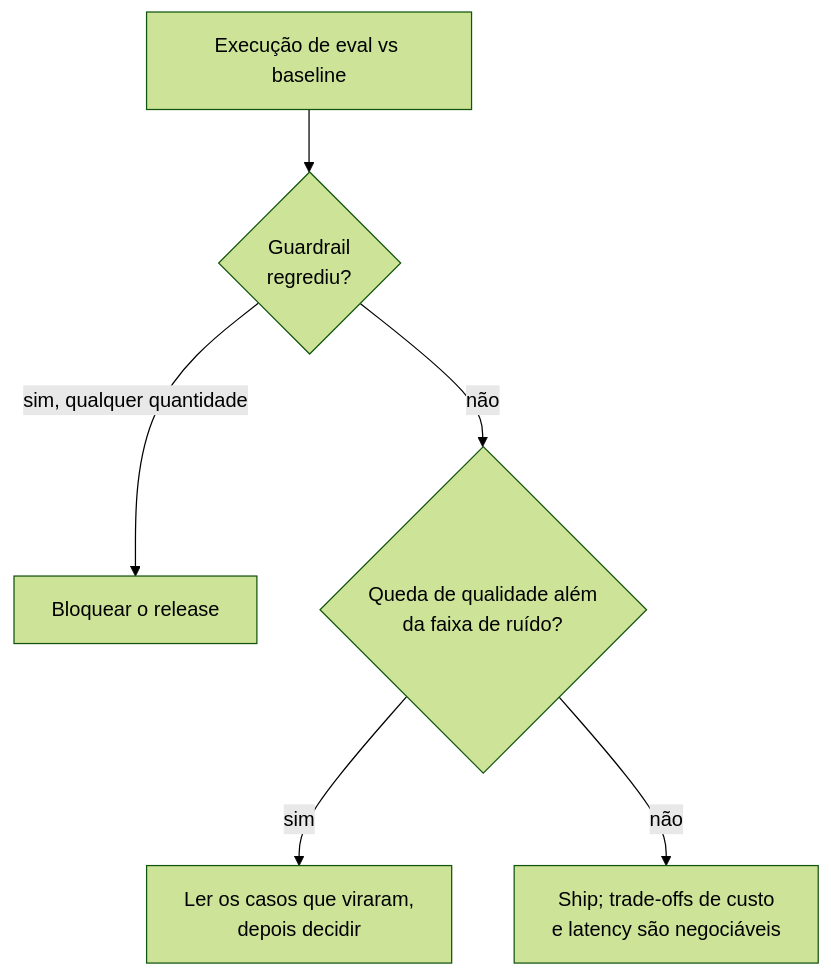
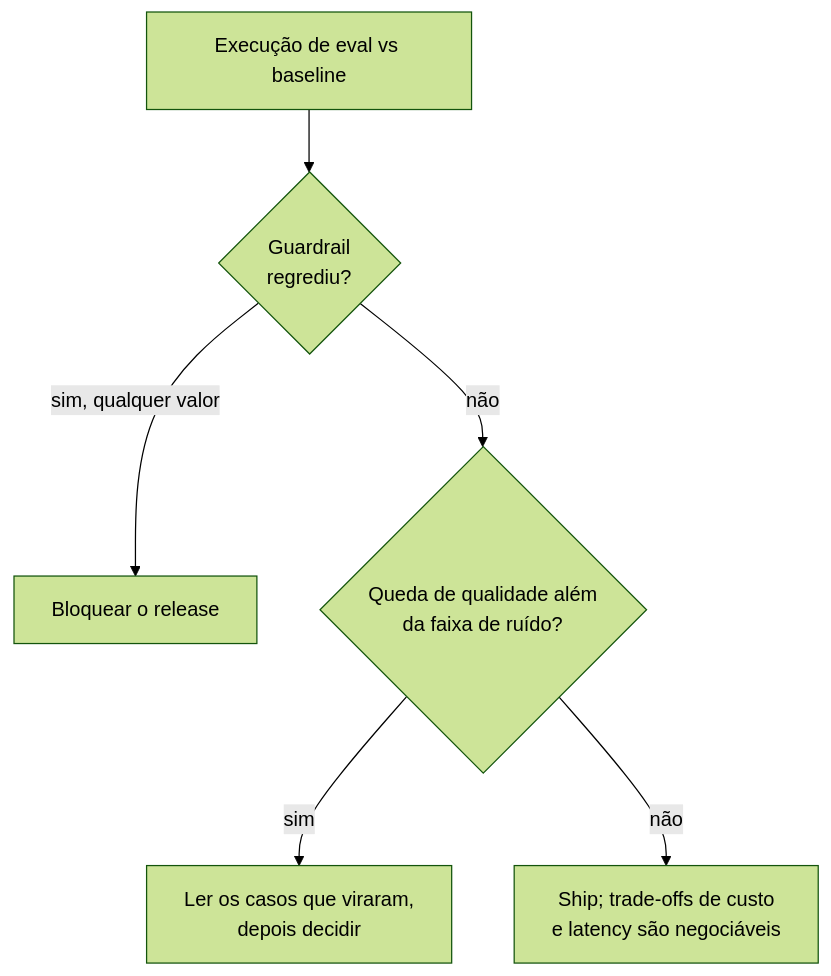
One commit to andrevberaldo/AI-Engineer-Interview-Questions changed the third of 28 diagrams in 07-evaluation-and-observability/questions.pt-BR.md. Above: the diagram before and after it, drawn with Mermaid (forest theme). The commit also changed other lines of this file and 1 other file, not shown here.

````diff
--- a/07-evaluation-and-observability/questions.pt-BR.md
+++ b/07-evaluation-and-observability/questions.pt-BR.md
@@ -190,8 +190,8 @@
 ```mermaid
 flowchart TD
     R["Execução de eval vs baseline"] --> G{"Guardrail<br/>regrediu?"}
-    G -->|"sim, qualquer quantidade"| B["Bloquear o release"]
+    G -->|"sim, qualquer valor"| B["Bloquear o release"]
     G -->|"não"| Q{"Queda de qualidade além<br/>da faixa de ruído?"}
     Q -->|"sim"| RV["Ler os casos que viraram,<br/>depois decidir"]
     Q -->|"não"| S["Ship; trade-offs de custo<br/>e latency são negociáveis"]
 ```
````
